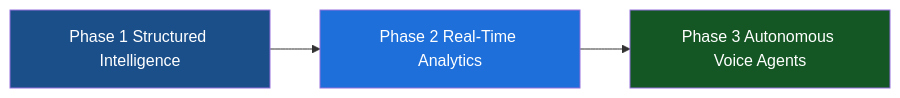
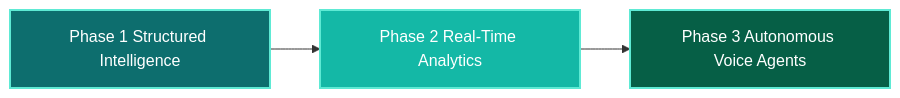
One commit to BenovaTech/novapulse-docs changed the diagram in docs/concepts/platform-overview.md. Above: the diagram before and after it, drawn with Mermaid. The commit also changed 7 other files, not shown here.

Commit message:
style: apply teal palette, fix all diagrams, add logo and favicon

````diff
--- a/docs/concepts/platform-overview.md
+++ b/docs/concepts/platform-overview.md
@@ -35,8 +35,8 @@
 ```mermaid
 flowchart LR
   A[Phase 1 Structured Intelligence] --> B[Phase 2 Real-Time Analytics] --> C[Phase 3 Autonomous Voice Agents]
 
-  style A fill:#1B4F8A,color:#fff
-  style B fill:#1E6FD9,color:#fff
-  style C fill:#155724,color:#fff
+  style A fill:#0d6e6e,stroke:#5eead4,stroke-width:2px,color:#ffffff
+  style B fill:#14b8a6,stroke:#5eead4,stroke-width:2px,color:#ffffff
+  style C fill:#065f46,stroke:#5eead4,stroke-width:2px,color:#ffffff
 ```
````
